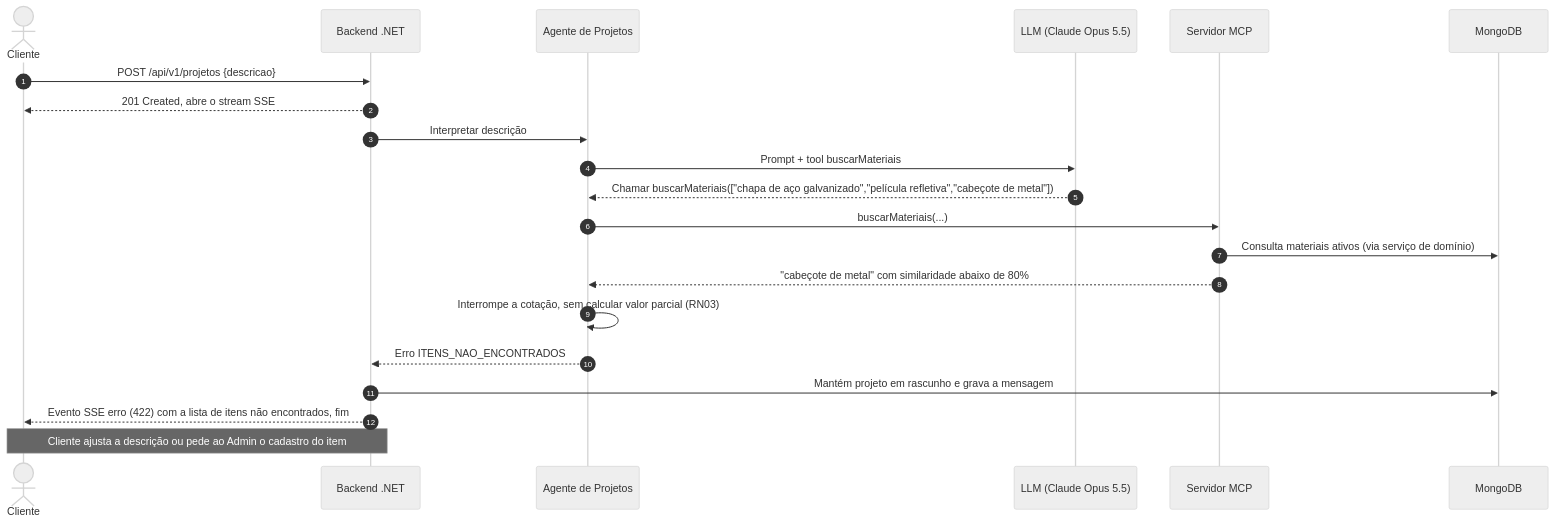
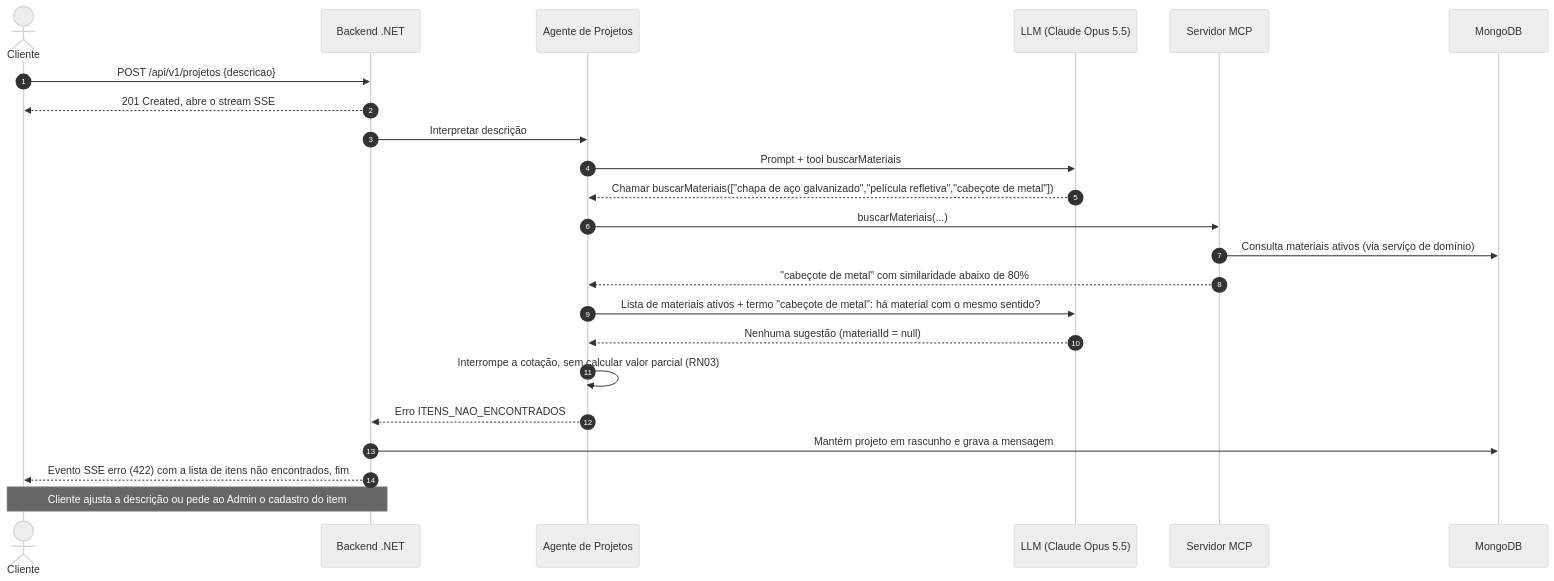
One commit to rafaelgils/ProjectPricingAI changed the sixth of 7 diagrams in .ai/architecture.md. Above: the diagram before and after it, drawn with Mermaid (neutral theme). The commit also changed other lines of this file and 4 other files, not shown here.

````diff
--- a/.ai/architecture.md
+++ b/.ai/architecture.md
@@ -303,23 +316,25 @@
 ```mermaid
 sequenceDiagram
     autonumber
     actor C as Cliente
     participant B as Backend .NET
     participant AG as Agente de Projetos
     participant L as LLM (Claude Opus 5.5)
     participant MCP as Servidor MCP
     participant DB as MongoDB
     C->>B: POST /api/v1/projetos {descricao}
     B-->>C: 201 Created, abre o stream SSE
     B->>AG: Interpretar descrição
     AG->>L: Prompt + tool buscarMateriais
     L-->>AG: Chamar buscarMateriais(["chapa de aço galvanizado","película refletiva","cabeçote de metal"])
     AG->>MCP: buscarMateriais(...)
     MCP->>DB: Consulta materiais ativos (via serviço de domínio)
     MCP-->>AG: "cabeçote de metal" com similaridade abaixo de 80%
+    AG->>L: Lista de materiais ativos + termo "cabeçote de metal": há material com o mesmo sentido?
+    L-->>AG: Nenhuma sugestão (materialId = null)
     AG->>AG: Interrompe a cotação, sem calcular valor parcial (RN03)
     AG-->>B: Erro ITENS_NAO_ENCONTRADOS
     B->>DB: Mantém projeto em rascunho e grava a mensagem
     B-->>C: Evento SSE erro (422) com a lista de itens não encontrados, fim
     Note over C,B: Cliente ajusta a descrição ou pede ao Admin o cadastro do item
 ```
````
